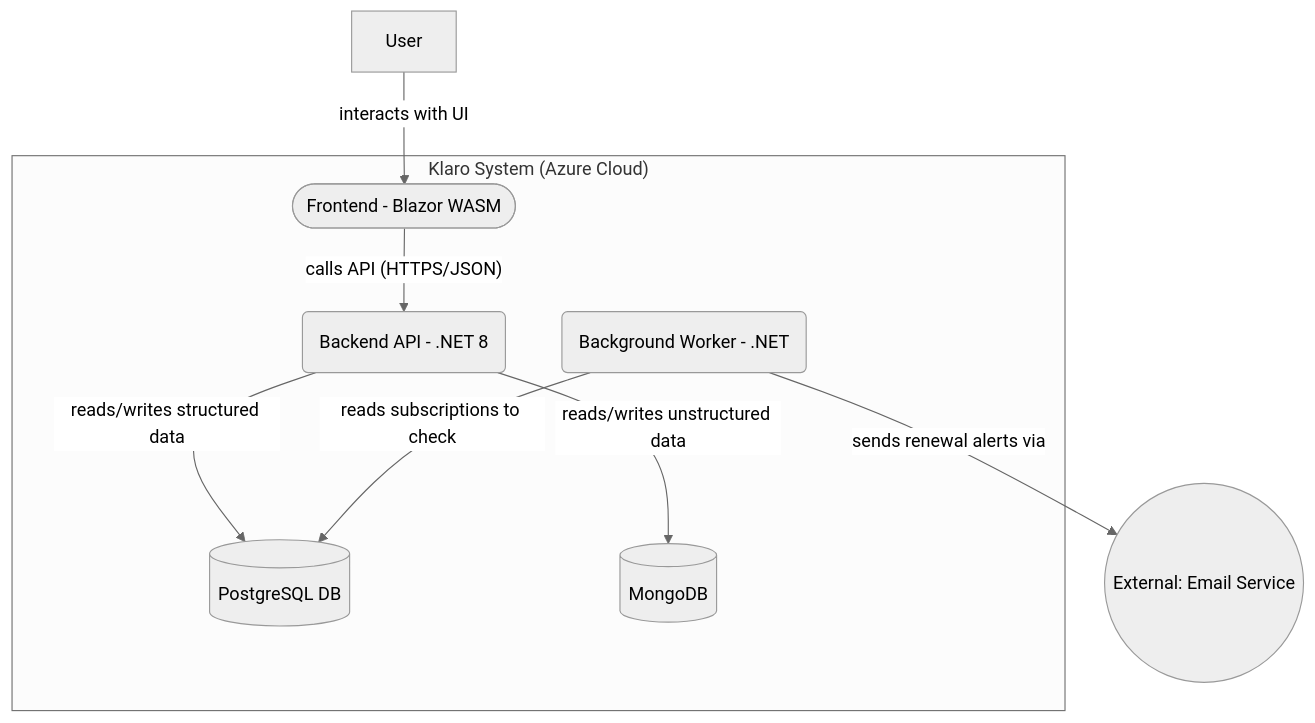
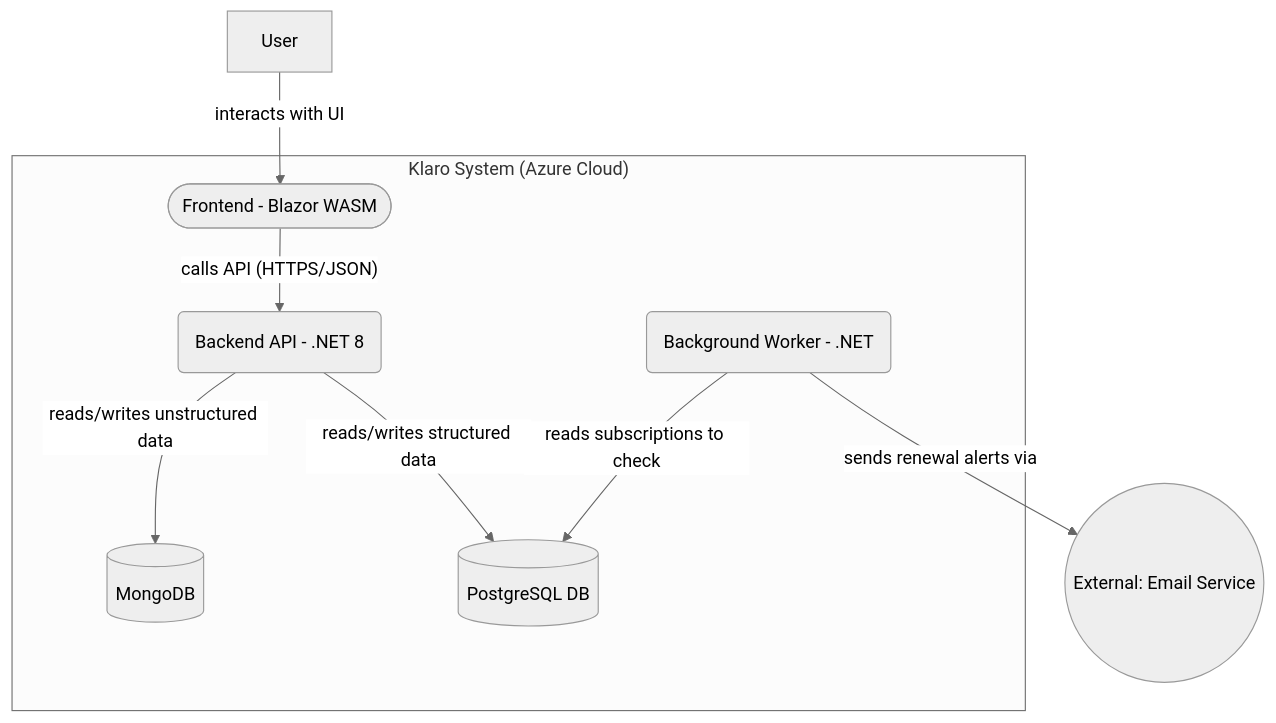
The diagram in README.md (robert-braga/klaro-os), drawn with Mermaid (neutral theme) before and after one commit. The commit also changed other lines of this file and 6 other files, not shown here.

````diff
--- a/README.md
+++ b/README.md
@@ -33,23 +33,23 @@
 ```mermaid
 flowchart TD
     User
 
     subgraph "Klaro System (Azure Cloud)"
         FE([Frontend - Blazor WASM])
         API(Backend API - .NET 8)
         DB_PG[(PostgreSQL DB)]
         DB_MONGO[(MongoDB)]
         BW(Background Worker - .NET)
     end
 
     EmailService((External: Email Service))
 
     User -- "interacts with UI" --> FE
     FE   -- "calls API (HTTPS/JSON)" --> API
 
+    API  -- "reads/writes unstructured data" --> DB_MONGO
     API  -- "reads/writes structured data" --> DB_PG
-    API  -- "reads/writes unstructured data" --> DB_MONGO
 
     BW   -- "reads subscriptions to check" --> DB_PG
     BW   -- "sends renewal alerts via" --> EmailService
 ``` 
````
